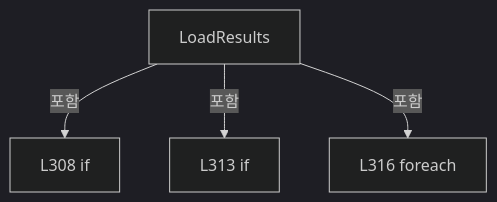
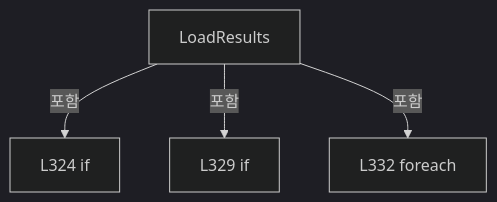
Diagram 12 of 22 in A3 LD Code Ref/files/Drilling.Common/Correction/CAlignInterpolation.cs.md (kjuws10-rgb/Shared), drawn with Mermaid (dark theme) before and after one commit. The commit also changed other lines of this file and 2071 other files, not shown here.

Commit message:
docs(a3): update 11.19.0 architecture and code reference

````diff
--- a/A3 LD Code Ref/files/Drilling.Common/Correction/CAlignInterpolation.cs.md
+++ b/A3 LD Code Ref/files/Drilling.Common/Correction/CAlignInterpolation.cs.md
@@ -2597,10 +2690,10 @@
 ```mermaid
 flowchart TD
  M["LoadResults"]
- N0["L308 if"]
+ N0["L324 if"]
  M -->|포함| N0
- N1["L313 if"]
+ N1["L329 if"]
  M -->|포함| N1
- N2["L316 foreach"]
+ N2["L332 foreach"]
  M -->|포함| N2
 ```
````
